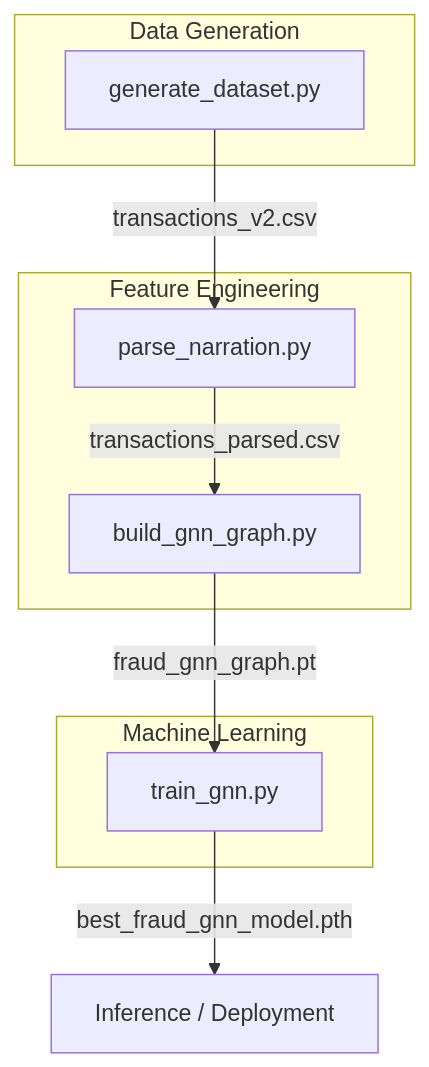
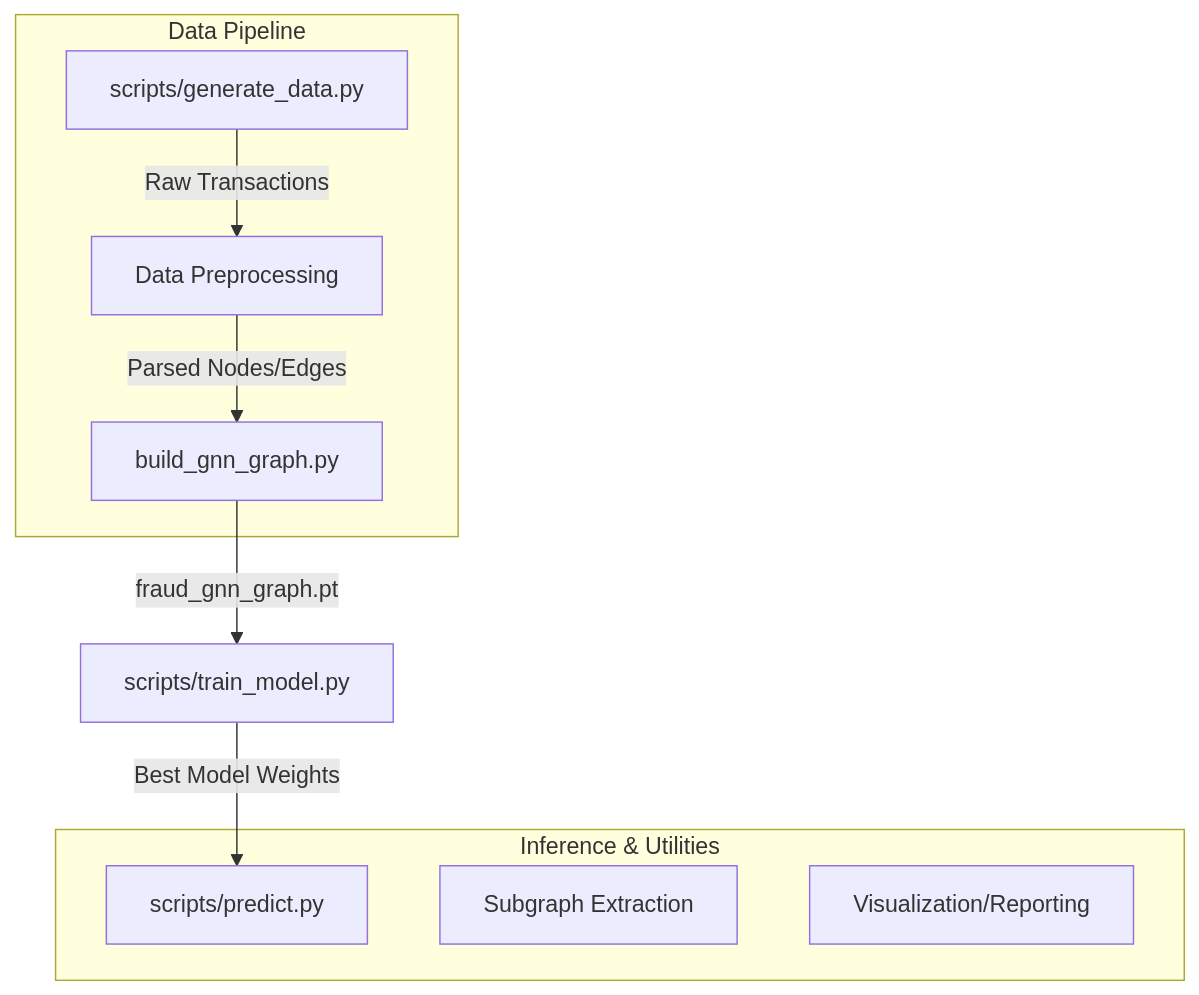
One commit to sakthilildih/indianbank changed the diagram in README.md. Above: the diagram before and after it, drawn with Mermaid. The commit also changed other lines of this file, not shown here.

````diff
--- a/README.md
+++ b/README.md
@@ -11,20 +23,19 @@
 ```mermaid
 graph TD
-    A[generate_dataset.py] -- "transactions_v2.csv" --> B[parse_narration.py]
-    B -- "transactions_parsed.csv" --> C[build_gnn_graph.py]
-    C -- "fraud_gnn_graph.pt" --> D[train_gnn.py]
-    D -- "best_fraud_gnn_model.pth" --> E[Inference / Deployment]
+    A[scripts/generate_data.py] -- "Raw Transactions" --> B[Data Preprocessing]
+    B -- "Parsed Nodes/Edges" --> C[build_gnn_graph.py]
+    C -- "fraud_gnn_graph.pt" --> D[scripts/train_model.py]
+    D -- "Best Model Weights" --> E[scripts/predict.py]
     
-    subgraph Data Generation
+    subgraph Data Pipeline
     A
-    end
-    
-    subgraph Feature Engineering
     B
     C
     end
     
-    subgraph Machine Learning
-    D
+    subgraph Inference & Utilities
+    E
+    F[Subgraph Extraction]
+    G[Visualization/Reporting]
     end
 ```
````
